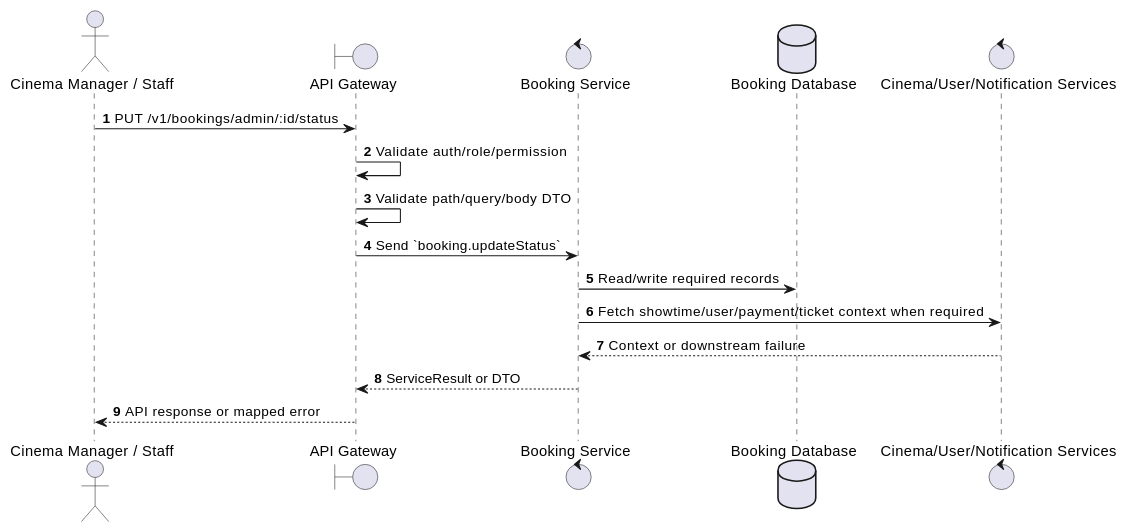
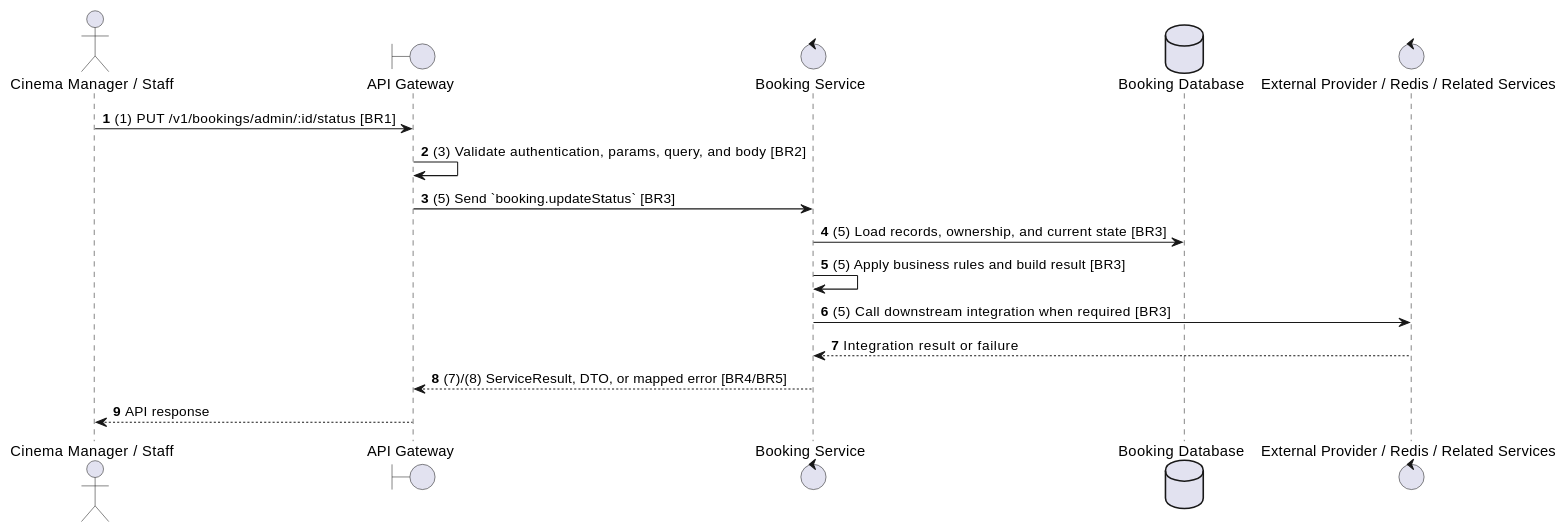
Before and after one commit to Tanh1603/movie-hub-architecture: the second of 2 diagrams in docs/functional_specs/3.5.2_Admin_Booking_Operations/BK-A04_Update_Booking_Status.md, drawn with PlantUML. The commit also changed other lines of this file and 129 other files, not shown here.

````diff
--- a/docs/functional_specs/3.5.2_Admin_Booking_Operations/BK-A04_Update_Booking_Status.md
+++ b/docs/functional_specs/3.5.2_Admin_Booking_Operations/BK-A04_Update_Booking_Status.md
@@ -17,20 +64,20 @@
 ```plantuml
 @startuml
 autonumber
 actor "Cinema Manager / Staff" as Actor
 boundary "API Gateway" as GW
 control "Booking Service" as SVC
 database "Booking Database" as DB
-control "Cinema/User/Notification Services" as EXT
+control "External Provider / Redis / Related Services" as EXT
 
-Actor -> GW: PUT /v1/bookings/admin/:id/status
-GW -> GW: Validate auth/role/permission
-GW -> GW: Validate path/query/body DTO
-GW -> SVC: Send `booking.updateStatus`
-SVC -> DB: Read/write required records
-SVC -> EXT: Fetch showtime/user/payment/ticket context when required
-EXT --> SVC: Context or downstream failure
-SVC --> GW: ServiceResult or DTO
-GW --> Actor: API response or mapped error
+Actor -> GW: (1) PUT /v1/bookings/admin/:id/status [BR1]
+GW -> GW: (3) Validate authentication, params, query, and body [BR2]
+GW -> SVC: (5) Send `booking.updateStatus` [BR3]
+SVC -> DB: (5) Load records, ownership, and current state [BR3]
+SVC -> SVC: (5) Apply business rules and build result [BR3]
+SVC -> EXT: (5) Call downstream integration when required [BR3]
+EXT --> SVC: Integration result or failure
+SVC --> GW: (7)/(8) ServiceResult, DTO, or mapped error [BR4/BR5]
+GW --> Actor: API response
 @enduml
 ```
````
